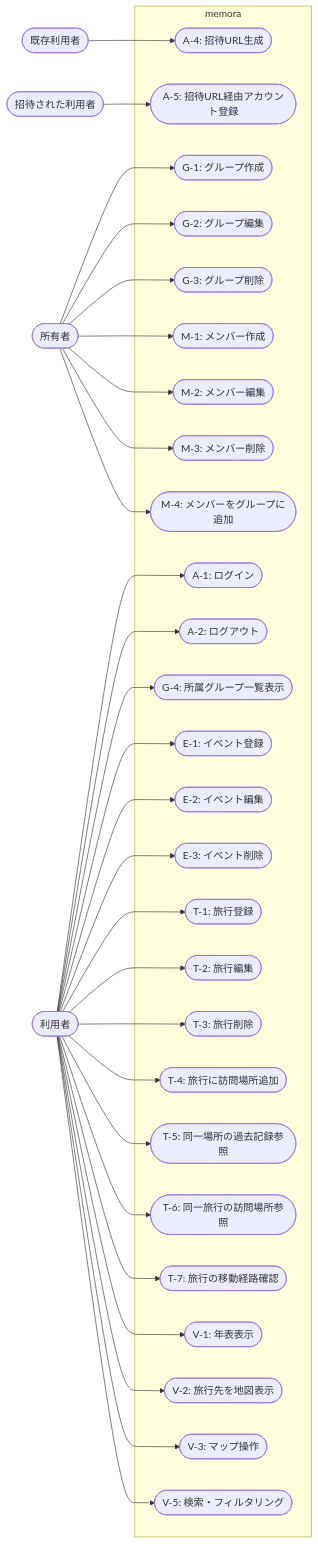
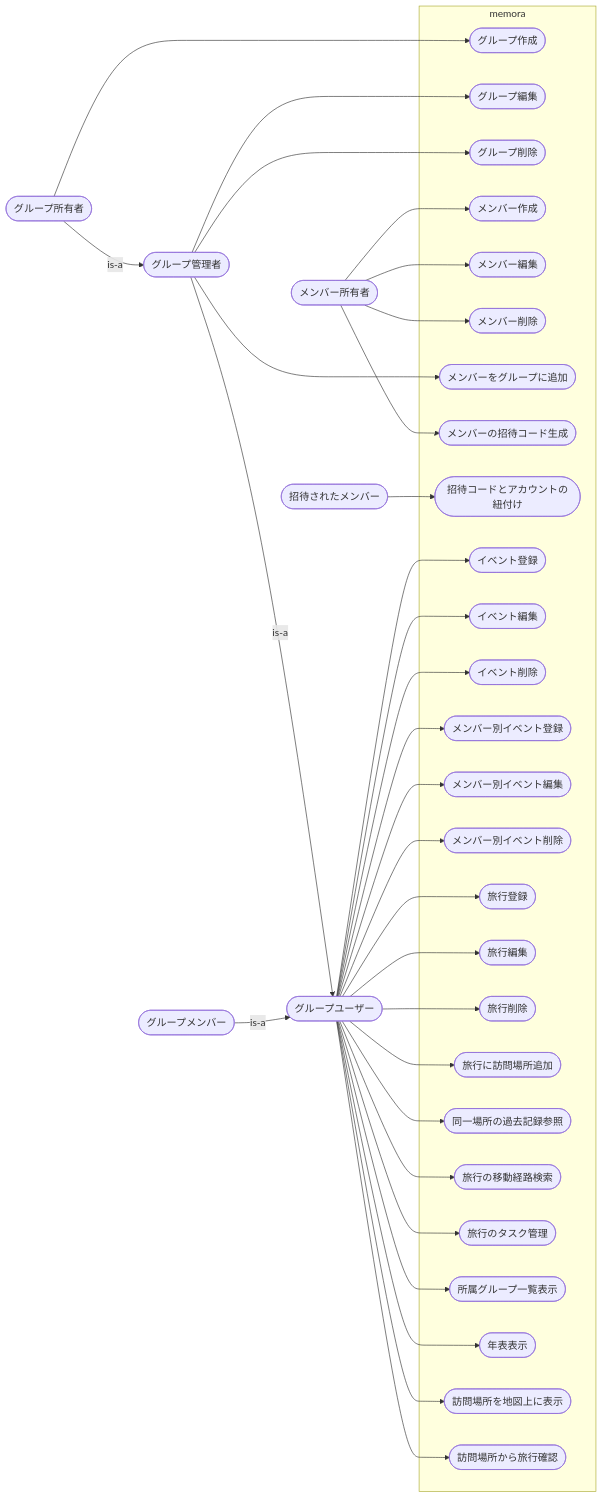
One commit to taka-016/memora changed the diagram in docs/usecase_diagram.md. Above: the diagram before and after it, drawn with Mermaid. The commit also changed other lines of this file and 1 other file, not shown here.

Commit message:
doc: 設計更新

````diff
--- a/docs/usecase_diagram.md
+++ b/docs/usecase_diagram.md
@@ -65,79 +66,90 @@
 ```mermaid
 graph LR
     %% アクター定義
-    Creator([所有者])
-    User([利用者])
-    ExistingUser([既存利用者])
-    InvitedUser([招待された利用者])
+    GroupUser([グループユーザー])
+    GroupOwner([グループ所有者])
+    GroupAdministrator([グループ管理者])
+    GroupMember([グループメンバー])
+    MemberOwner([メンバー所有者])
+    InvitedMember([招待されたメンバー])
+
+    GroupOwner -->|is-a| GroupAdministrator
+    GroupAdministrator -->|is-a| GroupUser
+    GroupMember -->|is-a| GroupUser
+
     
     %% システム境界
-    subgraph "memora"
-        %% 認証・セキュリティ系
-        A1([A-1: ログイン])
-        A2([A-2: ログアウト])
-        A3([A-4: 招待URL生成])
-        A4([A-5: 招待URL経由アカウント登録])
-        
+    subgraph "memora"        
         %% 基本データ管理系 - グループ管理
-        G1([G-1: グループ作成])
-        G2([G-2: グループ編集])
-        G3([G-3: グループ削除])
-        G4([G-4: 所属グループ一覧表示])
+        G1([グループ作成])
+        G2([グループ編集])
+        G3([グループ削除])
         
         %% 基本データ管理系 - メンバー管理
-        M1([M-1: メンバー作成])
-        M2([M-2: メンバー編集])
-        M3([M-3: メンバー削除])
-        M4([M-4: メンバーをグループに追加])
+        M1([メンバー作成])
+        M2([メンバー編集])
+        M3([メンバー削除])
+        M4([メンバーをグループに追加])
+        M5([メンバーの招待コード生成])
+        M6([招待コードとアカウントの紐付け])
         
-        %% イベント管理系
-        E1([E-1: イベント登録])
-        E2([E-2: イベント編集])
-        E3([E-3: イベント削除])
+        %% グループイベント管理
+        GE1([イベント登録])
+        GE2([イベント編集])
+        GE3([イベント削除])
+
+        %% メンバー別イベント管理
+        ME1([メンバー別イベント登録])
+        ME2([メンバー別イベント編集])
+        ME3([メンバー別イベント削除])
         
-        %% 旅行管理系
-        T1([T-1: 旅行登録])
-        T2([T-2: 旅行編集])
-        T3([T-3: 旅行削除])
-        T4([T-4: 旅行に訪問場所追加])
-        T5([T-5: 同一場所の過去記録参照])
-        T6([T-6: 同一旅行の訪問場所参照])
-        T7([T-7: 旅行の移動経路確認])
+        %% 旅行管理
+        T1([旅行登録])
+        T2([旅行編集])
+        T3([旅行削除])
+        T4([旅行に訪問場所追加])
+        T5([同一場所の過去記録参照])
+        T6([旅行の移動経路検索])
+        T7([旅行のタスク管理])
         
-        %% 表示・UI系
-        V1([V-1: 年表表示])
-        V2([V-2: 旅行先を地図表示])
-        V3([V-3: マップ操作])
-        V4([V-5: 検索・フィルタリング])
+        %% 年表表示
+        GT1([所属グループ一覧表示])
+        GT2([年表表示])
+
+        %% 地図表示
+        MAP1([訪問場所を地図上に表示])
+        MAP2([訪問場所から旅行確認])
     end
     
     %% アクターとユースケースの関係
-    Creator --> G1
-    Creator --> G2
-    Creator --> G3
-    Creator --> M1
-    Creator --> M2
-    Creator --> M3
-    Creator --> M4
+    MemberOwner --> M1
+    MemberOwner --> M2
+    MemberOwner --> M3
+    MemberOwner --> M5
 
-    User --> A1
-    User --> A2
-    User --> G4
-    User --> E1
-    User --> E2
-    User --> E3
-    User --> T1
-    User --> T2
-    User --> T3
-    User --> T4
-    User --> T5
-    User --> T6
-    User --> T7
-    User --> V1
-    User --> V2
-    User --> V3
-    User --> V4
-    
-    ExistingUser --> A3
-    InvitedUser --> A4
+    InvitedMember --> M6
+
+    GroupOwner --> G1
+
+    GroupAdministrator --> G2
+    GroupAdministrator --> G3
+    GroupAdministrator --> M4
+
+    GroupUser --> GE1
+    GroupUser --> GE2
+    GroupUser --> GE3
+    GroupUser --> ME1
+    GroupUser --> ME2
+    GroupUser --> ME3
+    GroupUser --> T1
+    GroupUser --> T2
+    GroupUser --> T3
+    GroupUser --> T4
+    GroupUser --> T5
+    GroupUser --> T6
+    GroupUser --> T7
+    GroupUser --> GT1
+    GroupUser --> GT2
+    GroupUser --> MAP1
+    GroupUser --> MAP2
 ```
````
